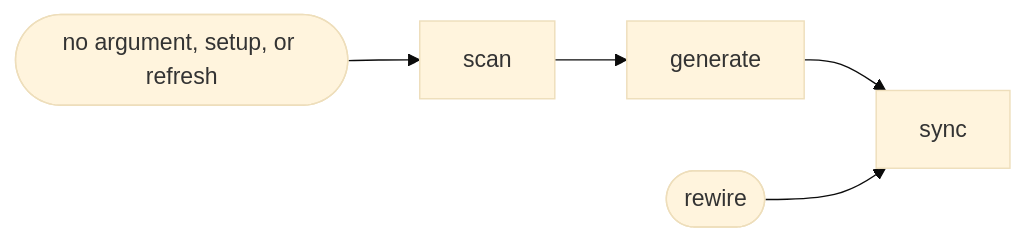
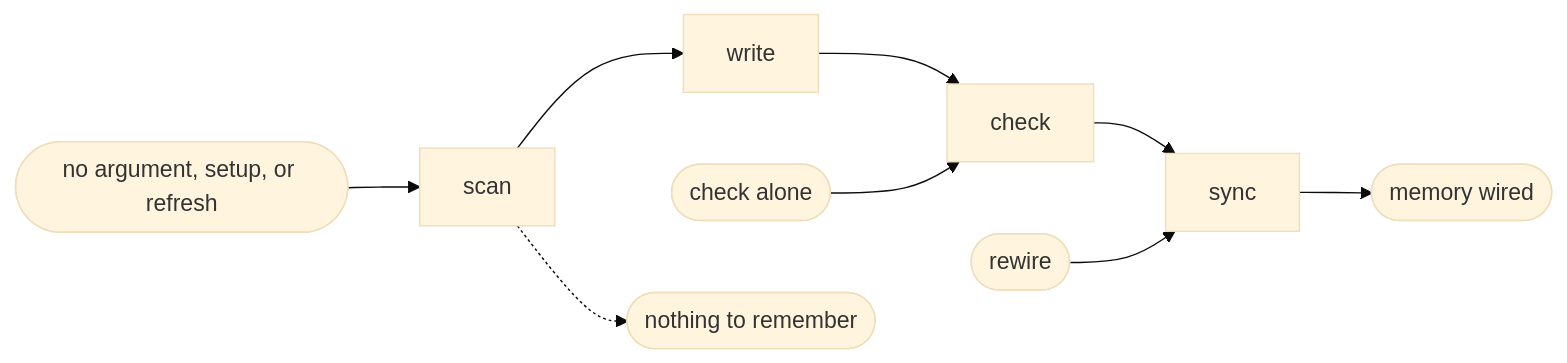
The diagram in plugins/aidd-context/skills/02-project-memory/SKILL.md (ai-driven-dev/aidd-framework), drawn with Mermaid (base theme) before and after one commit. The commit also changed other lines of this file and 23 other files, not shown here.

````diff
--- a/plugins/aidd-context/skills/02-project-memory/SKILL.md
+++ b/plugins/aidd-context/skills/02-project-memory/SKILL.md
@@ -9,5 +9,7 @@
 ```mermaid
 flowchart LR
-  build([no argument, setup, or refresh]) --> scan --> generate --> sync
+  build([no argument, setup, or refresh]) --> scan --> write --> check --> sync --> wired([memory wired])
+  audit([check alone]) --> check
   rewire([rewire]) --> sync
+  scan -.-> empty([nothing to remember])
 ```
````
